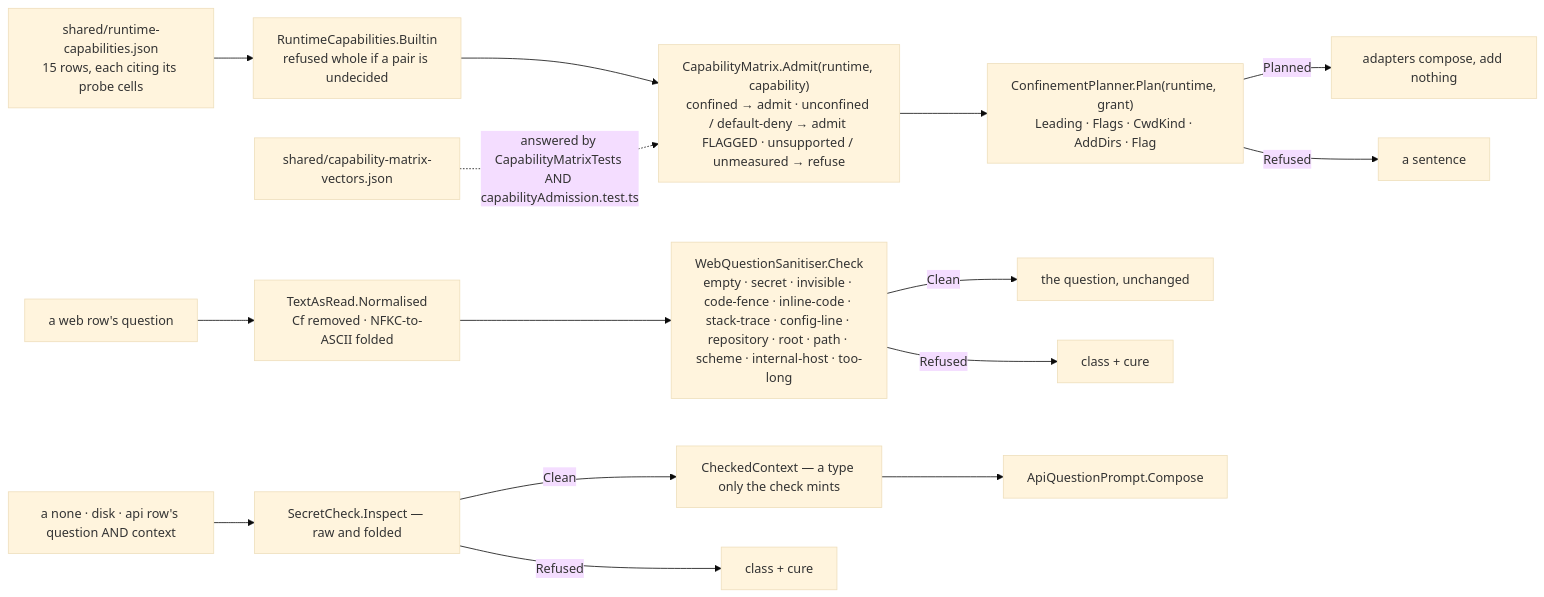
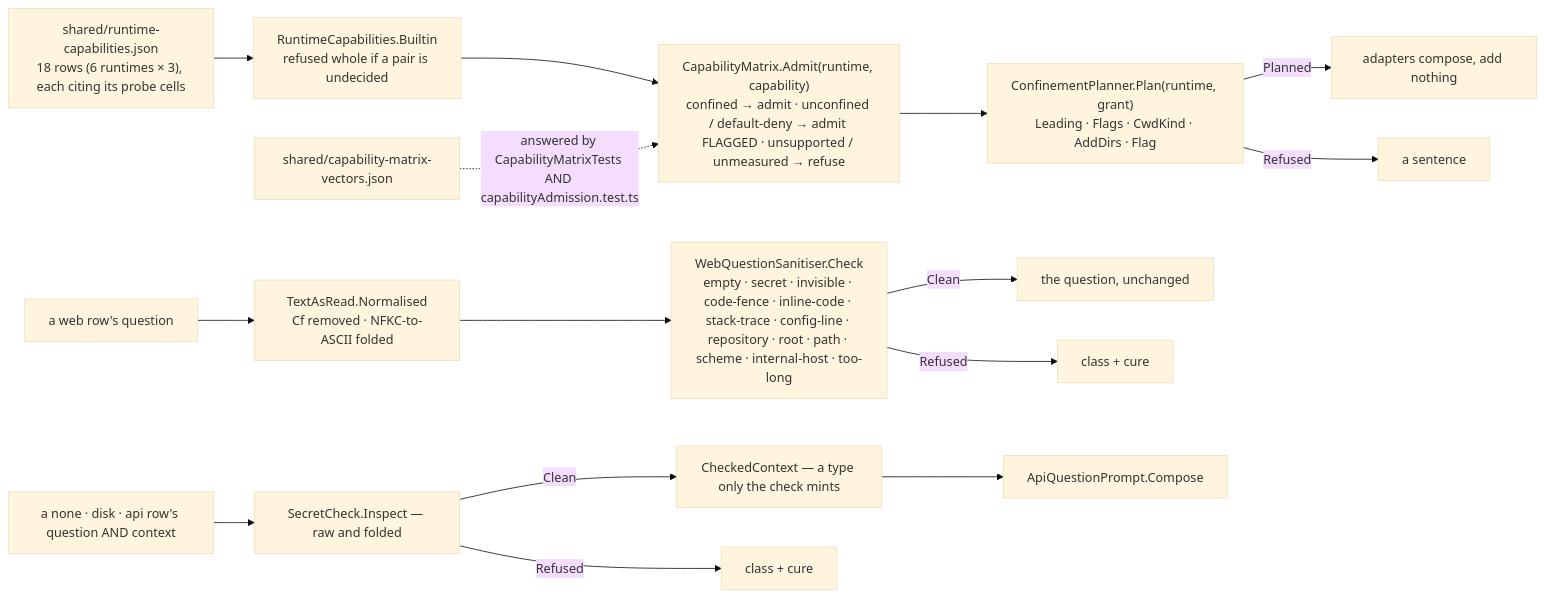
One commit to oleksandrdubyna88/dew_flow_connect_other_ais changed the seventh of 7 diagrams in research/module_core.md. Above: the diagram before and after it, drawn with Mermaid (base theme). The commit also changed other lines of this file and 76 other files, not shown here.

````diff
--- a/research/module_core.md
+++ b/research/module_core.md
@@ -781,17 +781,17 @@
 ```mermaid
 flowchart LR
-  seed["shared/runtime-capabilities.json<br/>15 rows, each citing its probe cells"] --> RC[RuntimeCapabilities.Builtin<br/>refused whole if a pair is undecided]
+  seed["shared/runtime-capabilities.json<br/>18 rows (6 runtimes × 3), each citing its probe cells"] --> RC[RuntimeCapabilities.Builtin<br/>refused whole if a pair is undecided]
   RC --> CM["CapabilityMatrix.Admit(runtime, capability)<br/>confined → admit · unconfined / default-deny → admit FLAGGED · unsupported / unmeasured → refuse"]
   CM --> CP["ConfinementPlanner.Plan(runtime, grant)<br/>Leading · Flags · CwdKind · AddDirs · Flag"]
   CP -->|Planned| AD[adapters compose, add nothing]
   CP -->|Refused| X1[a sentence]
   q[a web row's question] --> TR["TextAsRead.Normalised<br/>Cf removed · NFKC-to-ASCII folded"]
   TR --> WS["WebQuestionSanitiser.Check<br/>empty · secret · invisible · code-fence · inline-code · stack-trace · config-line · repository · root · path · scheme · internal-host · too-long"]
   WS -->|Clean| same[the question, unchanged]
   WS -->|Refused| X2[class + cure]
   ctx[a none · disk · api row's question AND context] --> SC[SecretCheck.Inspect — raw and folded]
   SC -->|Clean| CC[CheckedContext — a type only the check mints]
   CC --> AP[ApiQuestionPrompt.Compose]
   SC -->|Refused| X3[class + cure]
   vectors["shared/capability-matrix-vectors.json"] -. "answered by CapabilityMatrixTests AND capabilityAdmission.test.ts" .-> CM
 ```
````
